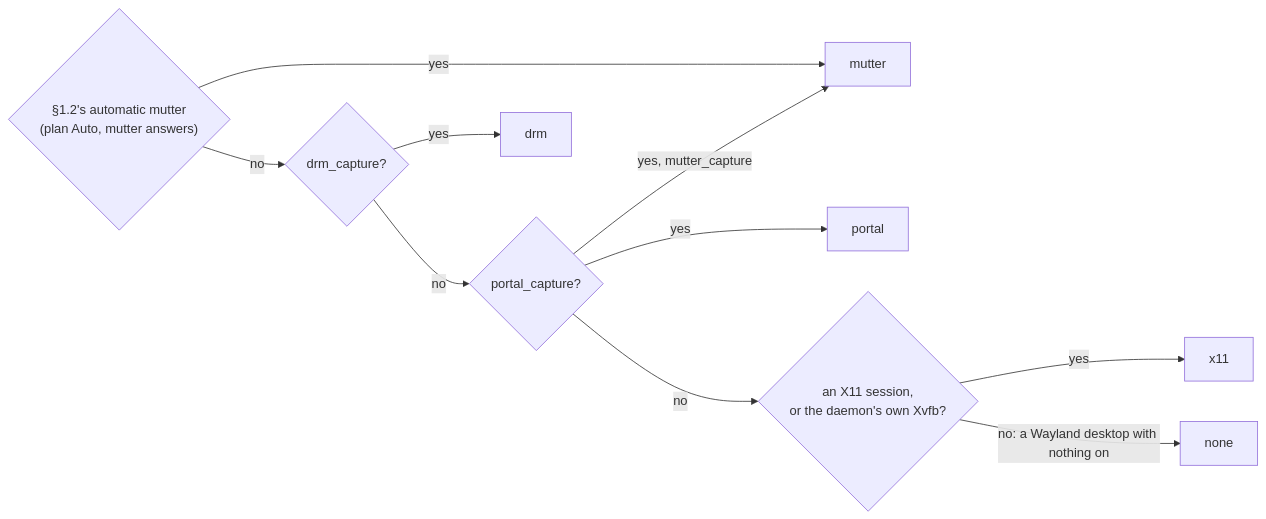
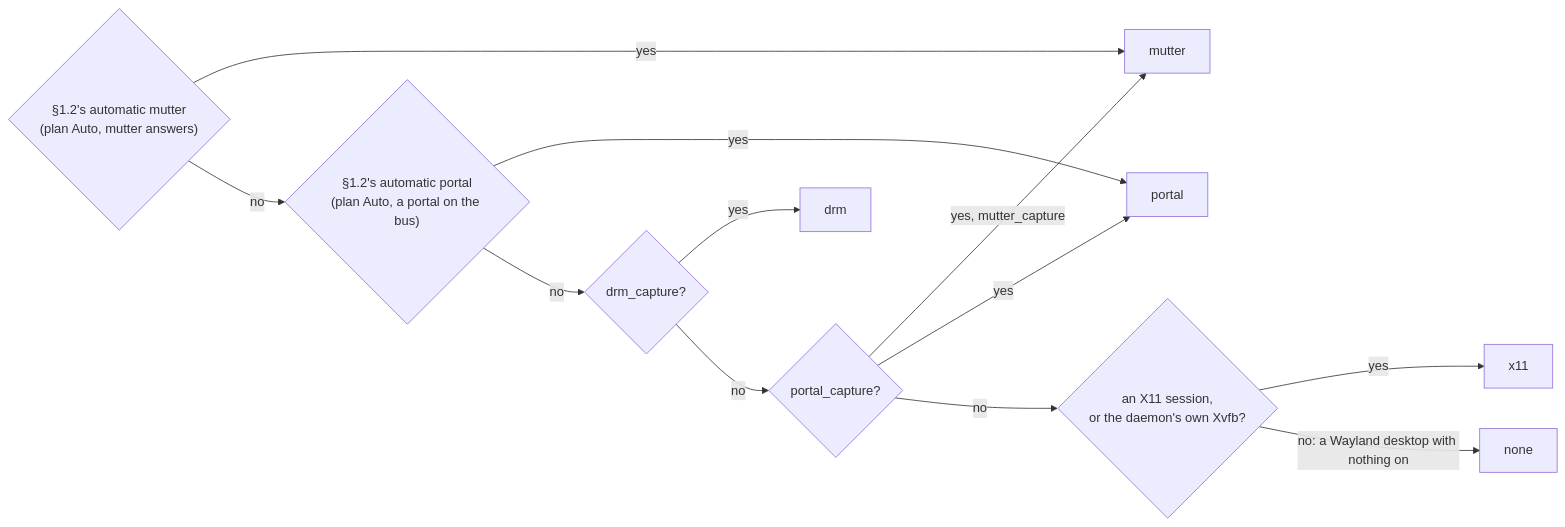
One commit to gjovanov/roomler-ai changed the third of 7 diagrams in docs/linux-capture.md. Above: the diagram before and after it, drawn with Mermaid. The commit also changed other lines of this file and 9 other files, not shown here.

First line of the commit message:
feat(capture): the desktop portal goes automatic where mutter is absent (FR-93 P2d-3, #1972) (#2075)

````diff
--- a/docs/linux-capture.md
+++ b/docs/linux-capture.md
@@ -253,12 +300,14 @@
 ```mermaid
 flowchart LR
     A{"§1.2's automatic mutter<br/>(plan Auto, mutter answers)"} -- yes --> MU[mutter]
-    A -- no --> D{drm_capture?}
+    A -- no --> AP{"§1.2's automatic portal<br/>(plan Auto, a portal on the bus)"}
+    AP -- yes --> PO
+    AP -- no --> D{drm_capture?}
     D -- yes --> DRM[drm]
     D -- no --> P{portal_capture?}
     P -- "yes, mutter_capture" --> MU
     P -- yes --> PO[portal]
     P -- no --> X{"an X11 session,<br/>or the daemon's own Xvfb?"}
     X -- yes --> X11[x11]
     X -- "no: a Wayland desktop with nothing on" --> N[none]
 ```
````
